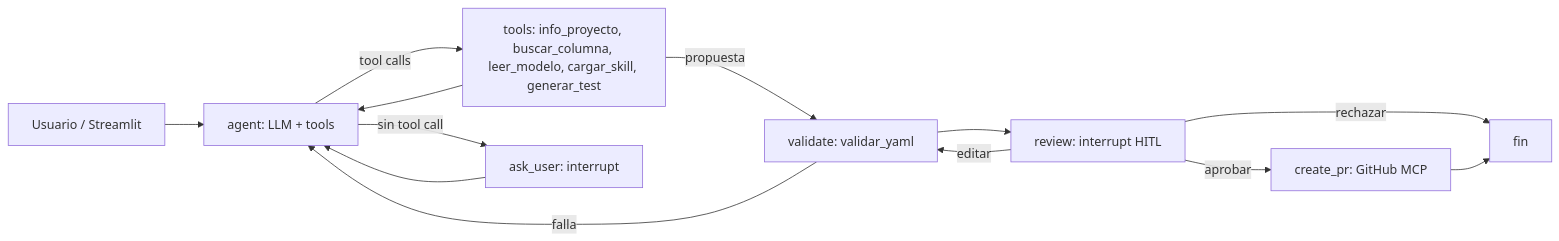
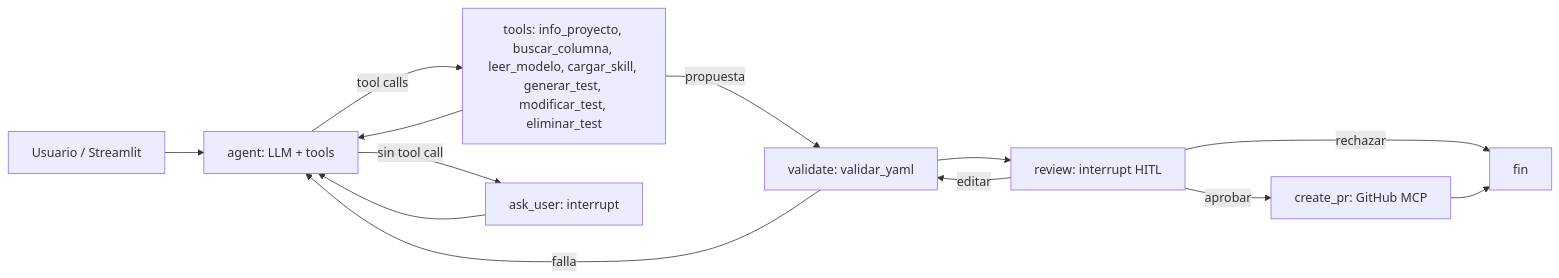
One commit to diegorojasucv/tf-ai-agent changed the diagram in README.md. Above: the diagram before and after it, drawn with Mermaid. The commit also changed other lines of this file and 1 other file, not shown here.

````diff
--- a/README.md
+++ b/README.md
@@ -37,15 +37,15 @@
 ```mermaid
 flowchart LR
   U[Usuario / Streamlit] --> A[agent: LLM + tools]
-  A -->|tool calls| T[tools: info_proyecto, buscar_columna, leer_modelo, cargar_skill, generar_test]
+  A -->|tool calls| T[tools: info_proyecto, buscar_columna, leer_modelo, cargar_skill, generar_test, modificar_test, eliminar_test]
   T --> A
   A -->|sin tool call| Q[ask_user: interrupt]
   Q --> A
   T -->|propuesta| V[validate: validar_yaml]
   V -->|falla| A
   V --> R[review: interrupt HITL]
   R -->|editar| V
   R -->|rechazar| X[fin]
   R -->|aprobar| P[create_pr: GitHub MCP]
   P --> X
 ```
````
